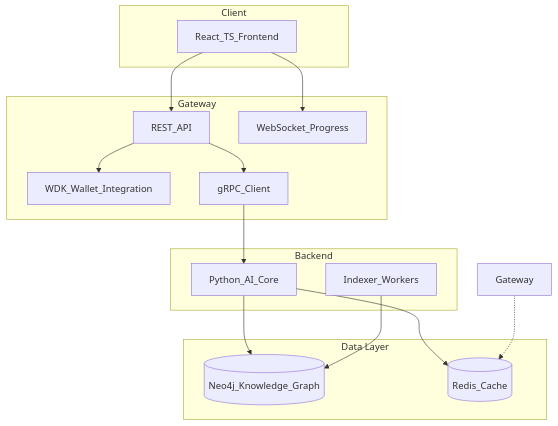
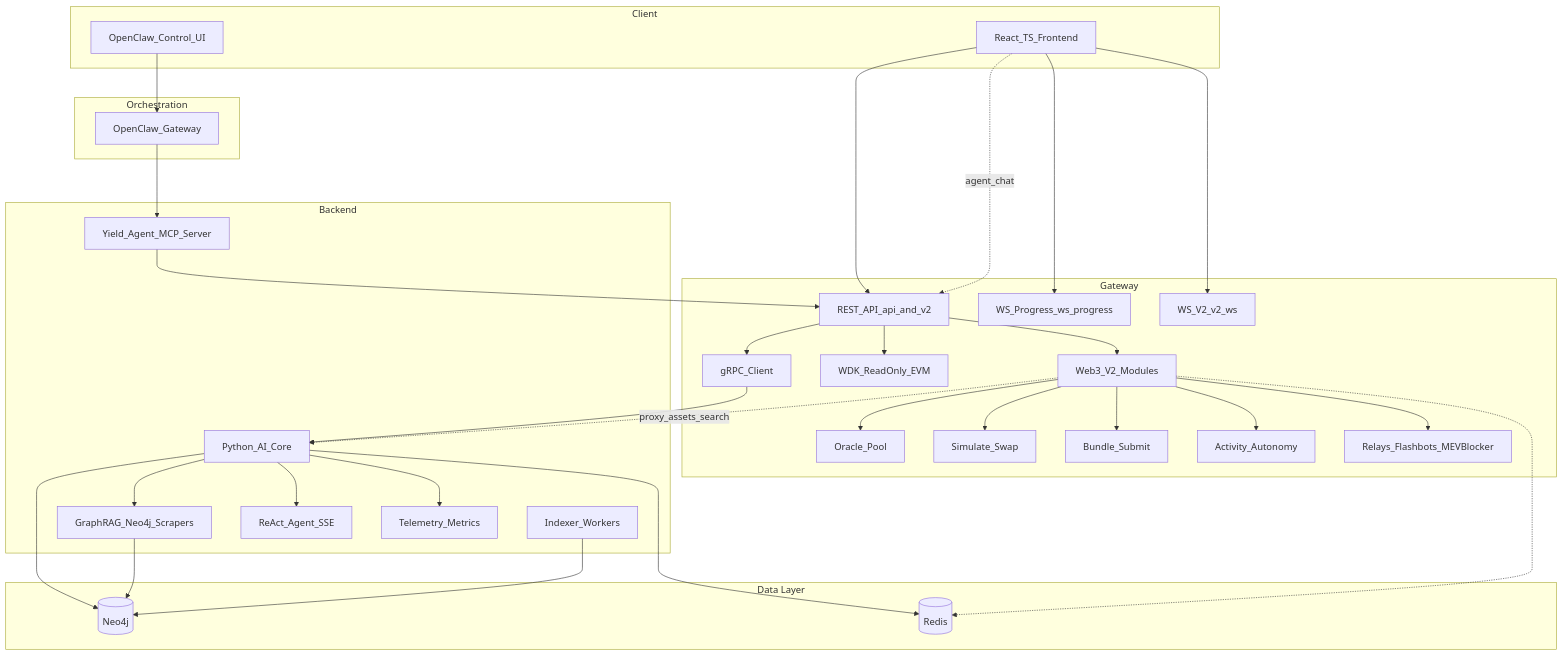
One commit to Godwin-88/probable-octo-chainsaw changed the diagram in README.md. Above: the diagram before and after it, drawn with Mermaid. The commit also changed other lines of this file and 3208 other files, not shown here.

````diff
--- a/README.md
+++ b/README.md
@@ -12,29 +12,60 @@
 ```mermaid
 flowchart TB
   subgraph client [Client]
     UI[React_TS_Frontend]
+    OC_UI[OpenClaw_Control_UI]
+  end
+  subgraph orchestration [Orchestration]
+    OpenClaw[OpenClaw_Gateway]
   end
   subgraph gateway [Gateway]
-    REST[REST_API]
-    WS[WebSocket_Progress]
-    WDK[WDK_Wallet_Integration]
+    REST[REST_API_api_and_v2]
+    WS1[WS_Progress_ws_progress]
+    WS2[WS_V2_v2_ws]
+    V2[Web3_V2_Modules]
+    Oracle[Oracle_Pool]
+    Sim[Simulate_Swap]
+    Bundle[Bundle_Submit]
+    Activity[Activity_Autonomy]
+    Relay[Relays_Flashbots_MEVBlocker]
+    WDK[WDK_ReadOnly_EVM]
     gRPC_Client[gRPC_Client]
   end
-  subgraph backend [Backend]
+  subgraph services [Backend]
+    MCP[Yield_Agent_MCP_Server]
     AI[Python_AI_Core]
     Indexer[Indexer_Workers]
+    GraphRAG[GraphRAG_Neo4j_Scrapers]
+    ReAct[ReAct_Agent_SSE]
+    Telemetry[Telemetry_Metrics]
   end
   subgraph data [Data Layer]
-    Neo4j[(Neo4j_Knowledge_Graph)]
-    Redis[(Redis_Cache)]
+    Neo4j[(Neo4j)]
+    Redis[(Redis)]
   end
   UI --> REST
-  UI --> WS
+  UI --> WS1
+  UI --> WS2
+  UI -.->|agent_chat| REST
+  OC_UI --> OpenClaw
+  OpenClaw --> MCP
+  MCP --> REST
+  REST --> V2
+  V2 --> Oracle
+  V2 --> Sim
+  V2 --> Bundle
+  V2 --> Activity
+  V2 --> Relay
   REST --> WDK
   REST --> gRPC_Client
   gRPC_Client --> AI
   AI --> Neo4j
   AI --> Redis
+  AI --> GraphRAG
+  AI --> ReAct
+  AI --> Telemetry
+  GraphRAG --> Neo4j
   Indexer --> Neo4j
-  Gateway -.-> Redis
+  V2 -.-> Redis
+  V2 -.->|proxy_assets_search| AI
 ```
````
